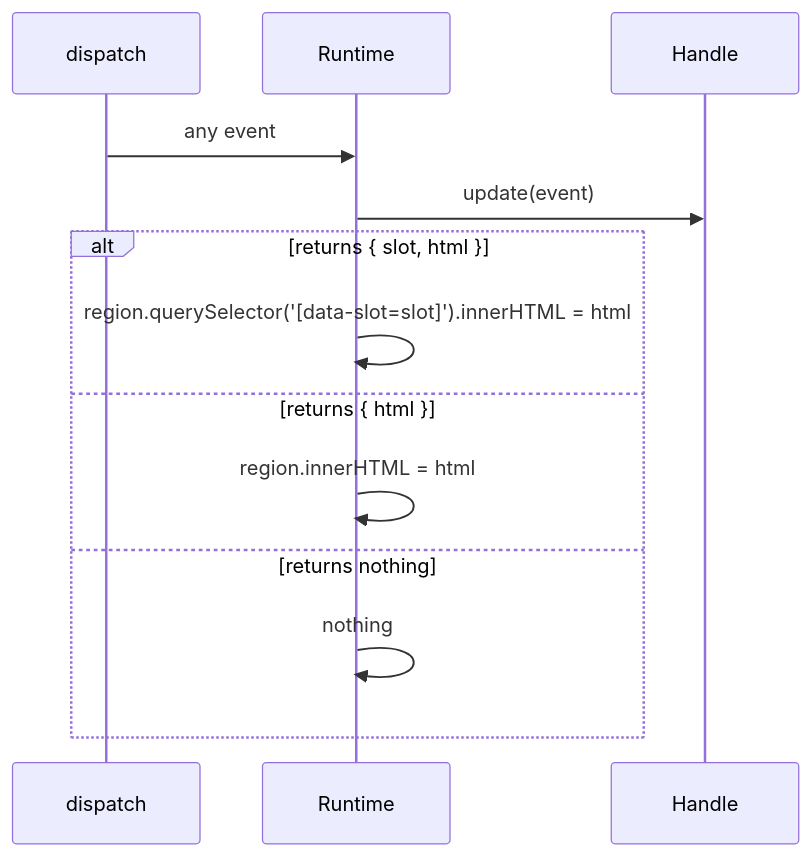
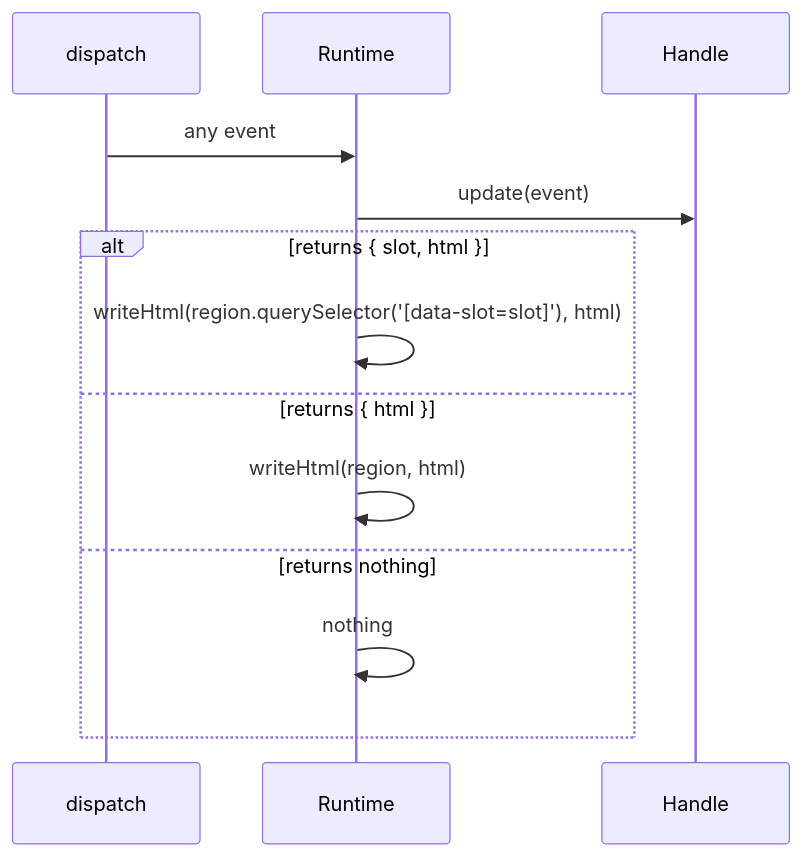
The third of 4 diagrams in packages/www/src/content/docs/docs/view/rendering.mdx (aleph-garden/vitrine), drawn with Mermaid before and after one commit. The commit also changed other lines of this file and 3 other files, not shown here.

````diff
--- a/packages/www/src/content/docs/docs/view/rendering.mdx
+++ b/packages/www/src/content/docs/docs/view/rendering.mdx
@@ -83,15 +90,15 @@
 ```mermaid
 sequenceDiagram
   participant Bus as dispatch
   participant Runtime
   participant Handle
   Bus->>Runtime: any event
   Runtime->>Handle: update(event)
   alt returns { slot, html }
-    Runtime->>Runtime: region.querySelector('[data-slot=slot]').innerHTML = html
+    Runtime->>Runtime: writeHtml(region.querySelector('[data-slot=slot]'), html)
   else returns { html }
-    Runtime->>Runtime: region.innerHTML = html
+    Runtime->>Runtime: writeHtml(region, html)
   else returns nothing
     Runtime->>Runtime: nothing
   end
 ```
````
